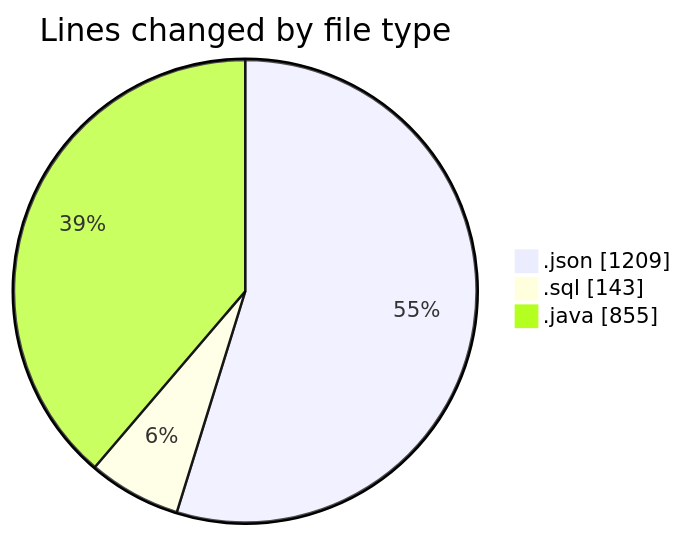
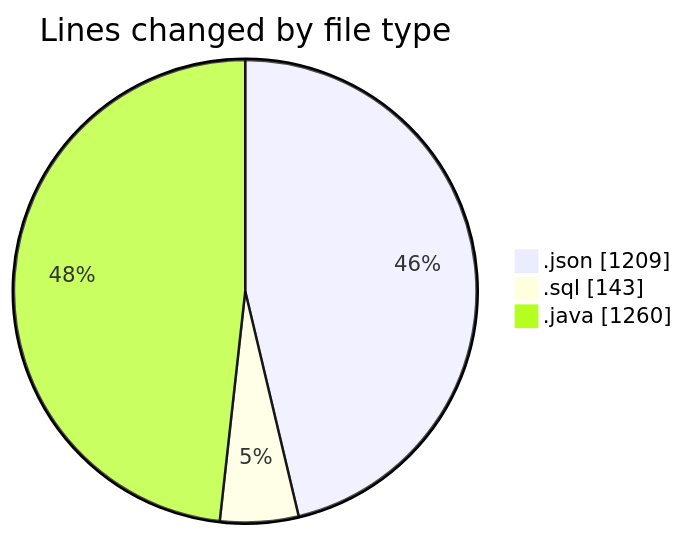
The first of 2 diagrams in 2026-06-16/cilapp/README.md (ricardozamudiocil/code-tracking), drawn with Mermaid before and after one commit. The commit also changed other lines of this file and 1 other file, not shown here.

````diff
--- a/2026-06-16/cilapp/README.md
+++ b/2026-06-16/cilapp/README.md
@@ -25,7 +25,7 @@
 ```mermaid
 pie showData
 title Lines changed by file type
 ".json" : 1209
 ".sql" : 143
-".java" : 855
+".java" : 1260
 ```
````
